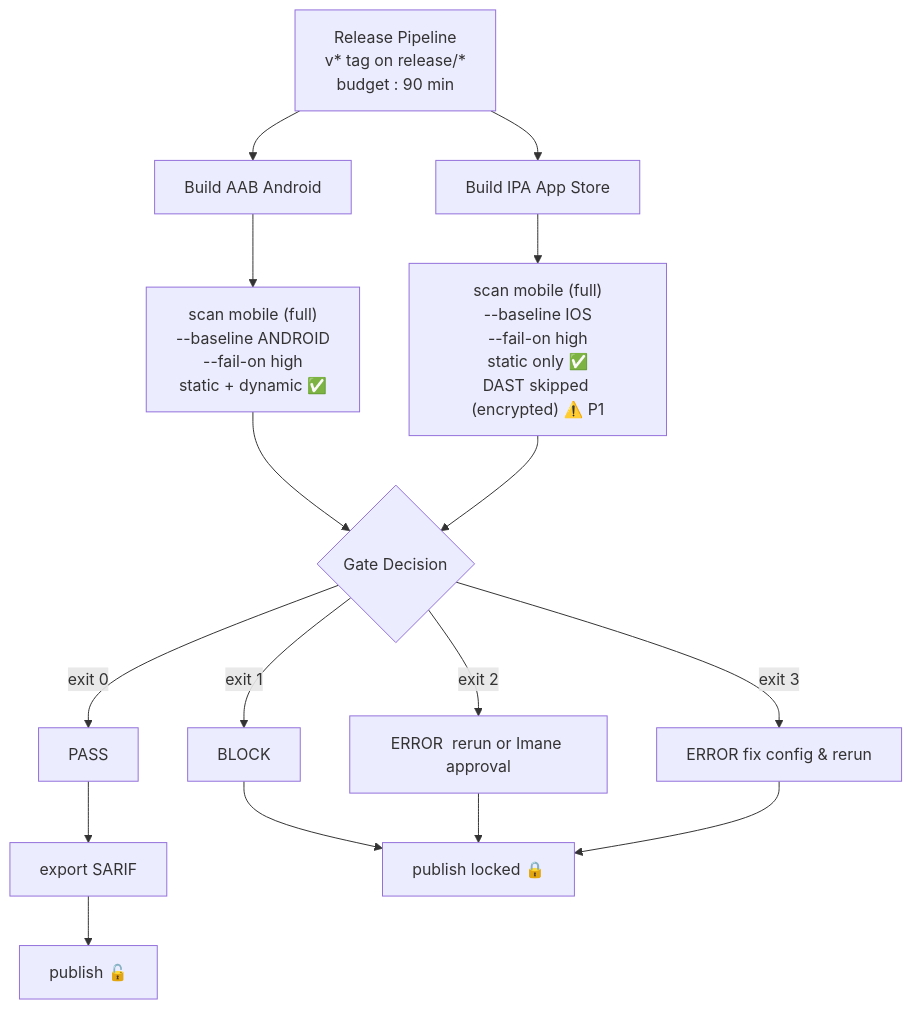
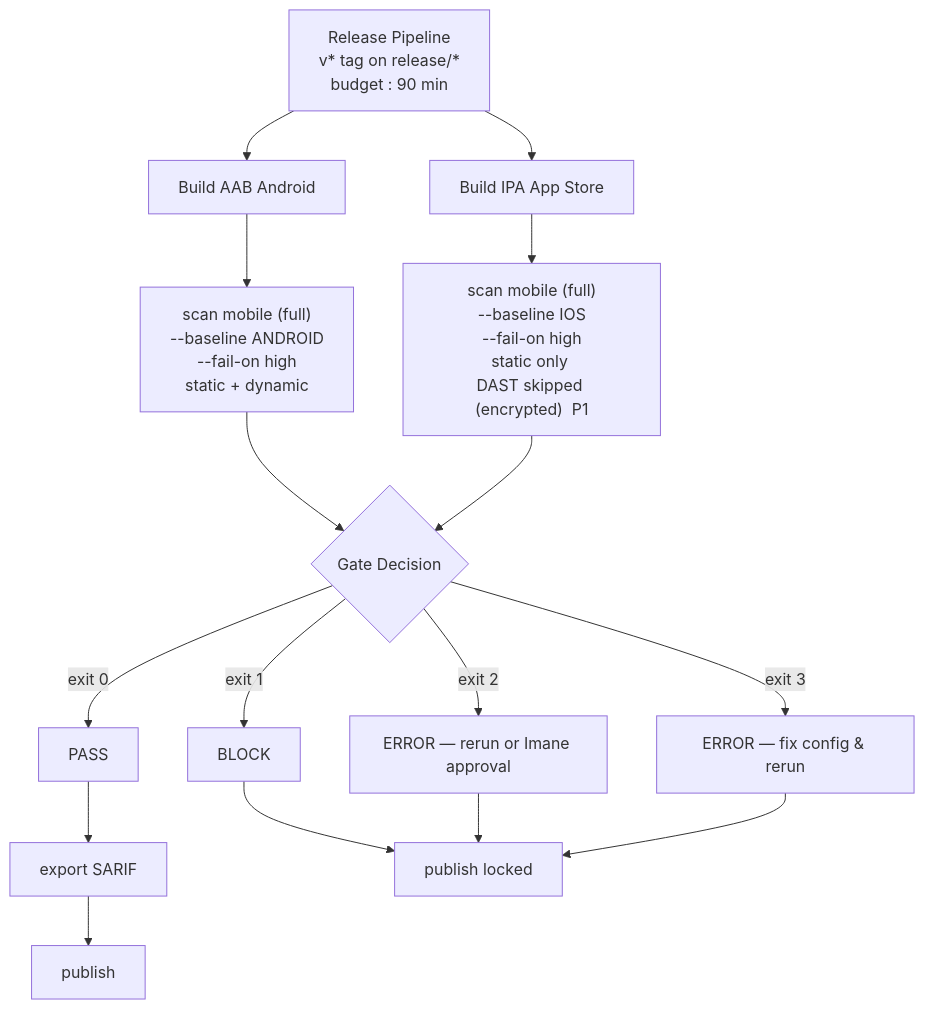
The sixth of 6 diagrams in integration_design.md (Ayoub-glitsh/lantern-kestrel-presales-assessment), drawn with Mermaid before and after one commit. The commit also changed other lines of this file and 3 other files, not shown here.

````diff
--- a/integration_design.md
+++ b/integration_design.md
@@ -293,27 +293,27 @@
 ```mermaid
 
 flowchart TB
     T["Release Pipeline<br/>v* tag on release/*<br/>budget : 90 min"]
 
     T --> A1["Build AAB Android"]
     T --> I1["Build IPA App Store"]
 
-    A1 --> A2["scan mobile (full)<br/>--baseline ANDROID<br/>--fail-on high<br/>static + dynamic ✅"]
-    I1 --> I2["scan mobile (full)<br/>--baseline IOS<br/>--fail-on high<br/>static only ✅<br/>DAST skipped (encrypted) ⚠️ P1"]
+    A1 --> A2["scan mobile (full)<br/>--baseline ANDROID<br/>--fail-on high<br/>static + dynamic "]
+    I1 --> I2["scan mobile (full)<br/>--baseline IOS<br/>--fail-on high<br/>static only <br/>DAST skipped (encrypted)  P1"]
 
     A2 --> G{"Gate Decision"}
     I2 --> G
 
     G -- "exit 0" --> P["PASS"]
-    P --> S["export SARIF"] --> PUB["publish 🔓"]
+    P --> S["export SARIF"] --> PUB["publish "]
 
     G -- "exit 1" --> B["BLOCK"]
-    B --> L["publish locked 🔒"]
+    B --> L["publish locked "]
 
-    G -- "exit 2" --> E2["ERROR  rerun or Imane approval"]
-    G -- "exit 3" --> E3["ERROR  fix config & rerun"]
+    G -- "exit 2" --> E2["ERROR — rerun or Imane approval"]
+    G -- "exit 3" --> E3["ERROR — fix config & rerun"]
     E2 --> L
     E3 --> L
 
 
 ```
````
